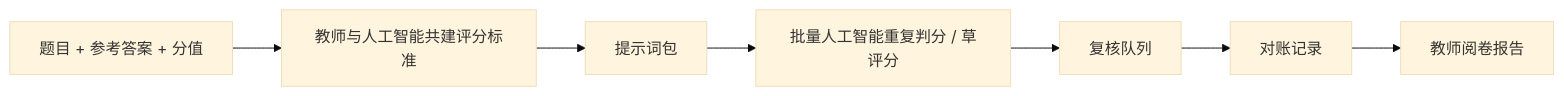
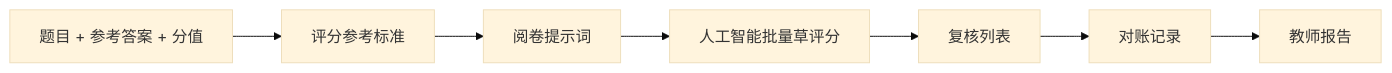
The first of 2 diagrams in README.md (zonywei/Yuejuan-marking-workflow-skill), drawn with Mermaid (base theme) before and after one commit. The commit also changed other lines of this file, not shown here.

````diff
--- a/README.md
+++ b/README.md
@@ -21,9 +25,9 @@
 ```mermaid
 flowchart LR
-    A[题目 + 参考答案 + 分值] --> B[教师与人工智能共建评分标准]
-    B --> C[提示词包]
-    C --> D[批量人工智能重复判分 / 草评分]
-    D --> E[复核队列]
+    A[题目 + 参考答案 + 分值] --> B[评分参考标准]
+    B --> C[阅卷提示词]
+    C --> D[人工智能批量草评分]
+    D --> E[复核列表]
     E --> F[对账记录]
-    F --> G[教师阅卷报告]
+    F --> G[教师报告]
 ```
````
